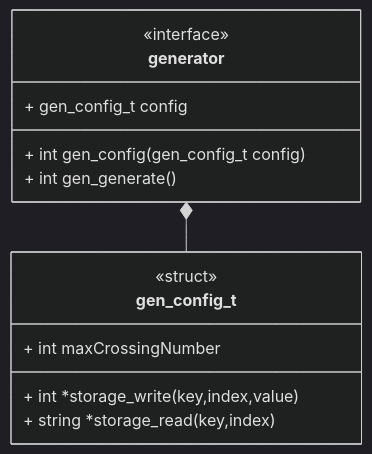
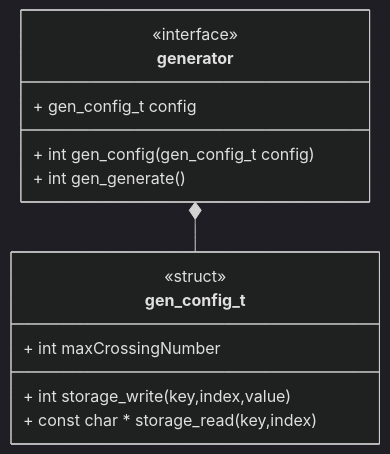
The diagram in docs/design/Generators/Interface.md (Uiowa-Applied-Topology/tanglenomicon_core_libraries), drawn with Mermaid (dark theme) before and after one commit. The commit also changed 6 other files, not shown here.

Commit message:
Update docs with storage read definition

````diff
--- a/docs/design/Generators/Interface.md
+++ b/docs/design/Generators/Interface.md
@@ -3,19 +3,19 @@
 ```mermaid
 classDiagram
 generator *-- gen_config_t
 class generator{
 <<interface>>
 + gen_config_t config
 + int gen_config(gen_config_t config)
 + int gen_generate()
 }
 
 class gen_config_t {
 <<struct>>
 + int maxCrossingNumber
-+ int *storage_write(key,index,value)
-+ string *storage_read(key,index)
++ int storage_write(key,index,value)
++ const char * storage_read(key,index)
 }
 
 
 ```
````
